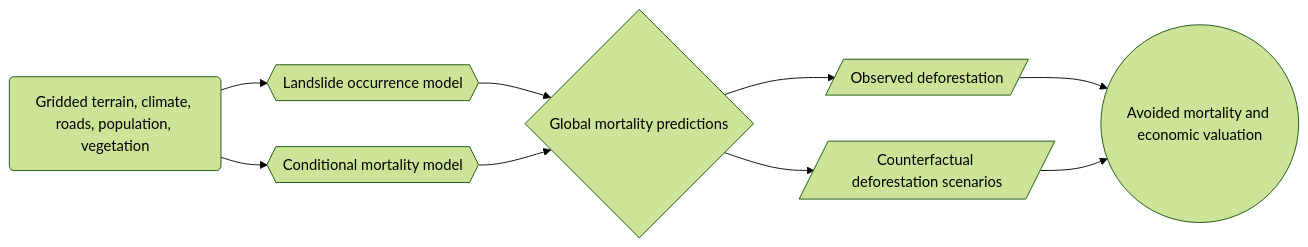
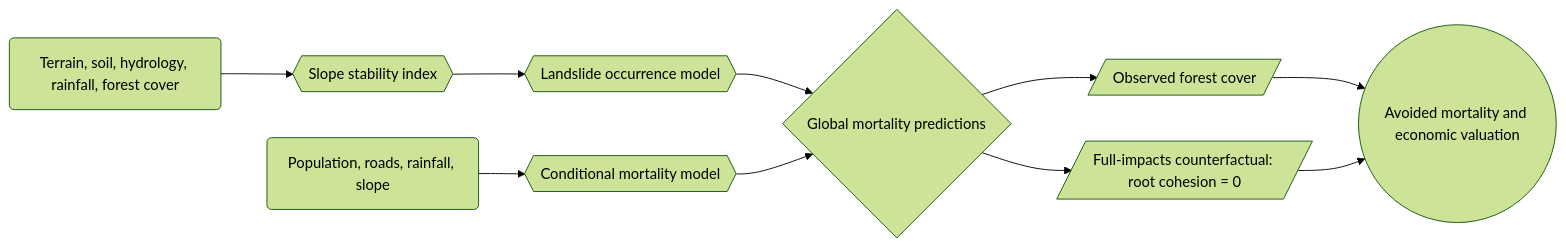
Before and after one commit to m-braaksma/landslide_mitigation: the diagram in README.md, drawn with Mermaid (forest theme). The commit also changed other lines of this file and 19 other files, not shown here.

First line of the commit message:
Replace empirical hazard model with mechanistic stability index

````diff
--- a/README.md
+++ b/README.md
@@ -16,11 +16,12 @@
 ```mermaid
 flowchart LR
-    A(Gridded terrain, climate, roads, population, vegetation) --> B{{Landslide occurrence model}}
-    A --> C{{Conditional mortality model}}
+    A(Terrain, soil, hydrology, rainfall, forest cover) --> S{{Slope stability index}}
+    S --> B{{Landslide occurrence model}}
+    A2(Population, roads, rainfall, slope) --> C{{Conditional mortality model}}
     B --> D{Global mortality predictions}
     C --> D
-    D --> E[/Observed deforestation/]
-    D --> F[/Counterfactual deforestation scenarios/]
+    D --> E[/Observed forest cover/]
+    D --> F[/Full-impacts counterfactual: root cohesion = 0/]
     E --> G((Avoided mortality and economic valuation))
     F --> G
 ```
````
